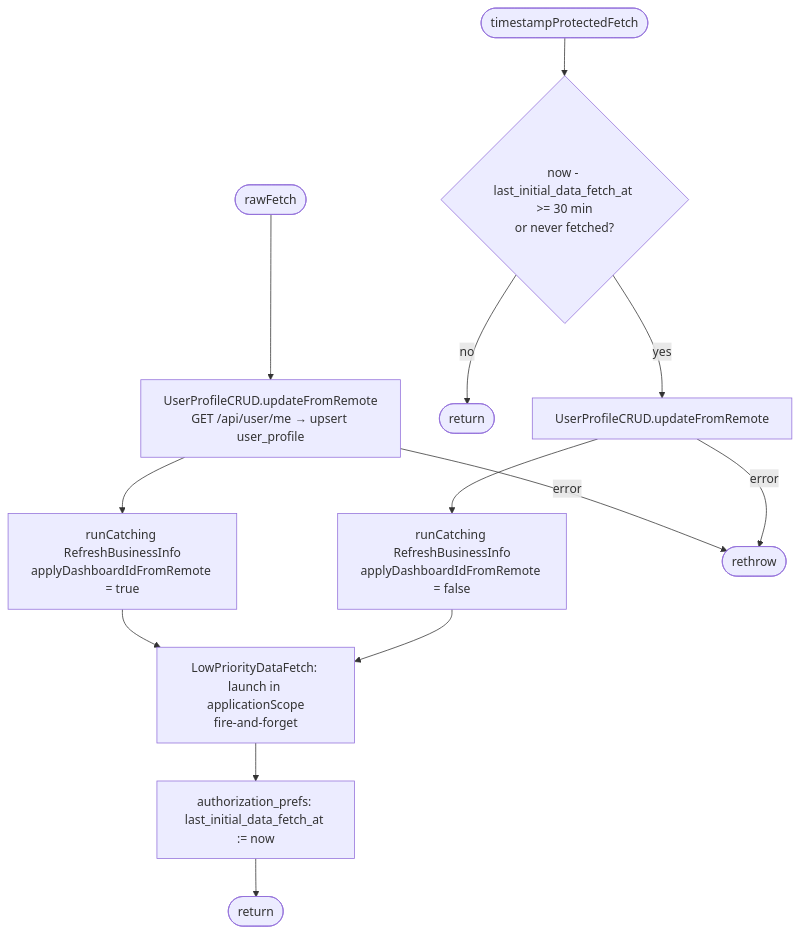
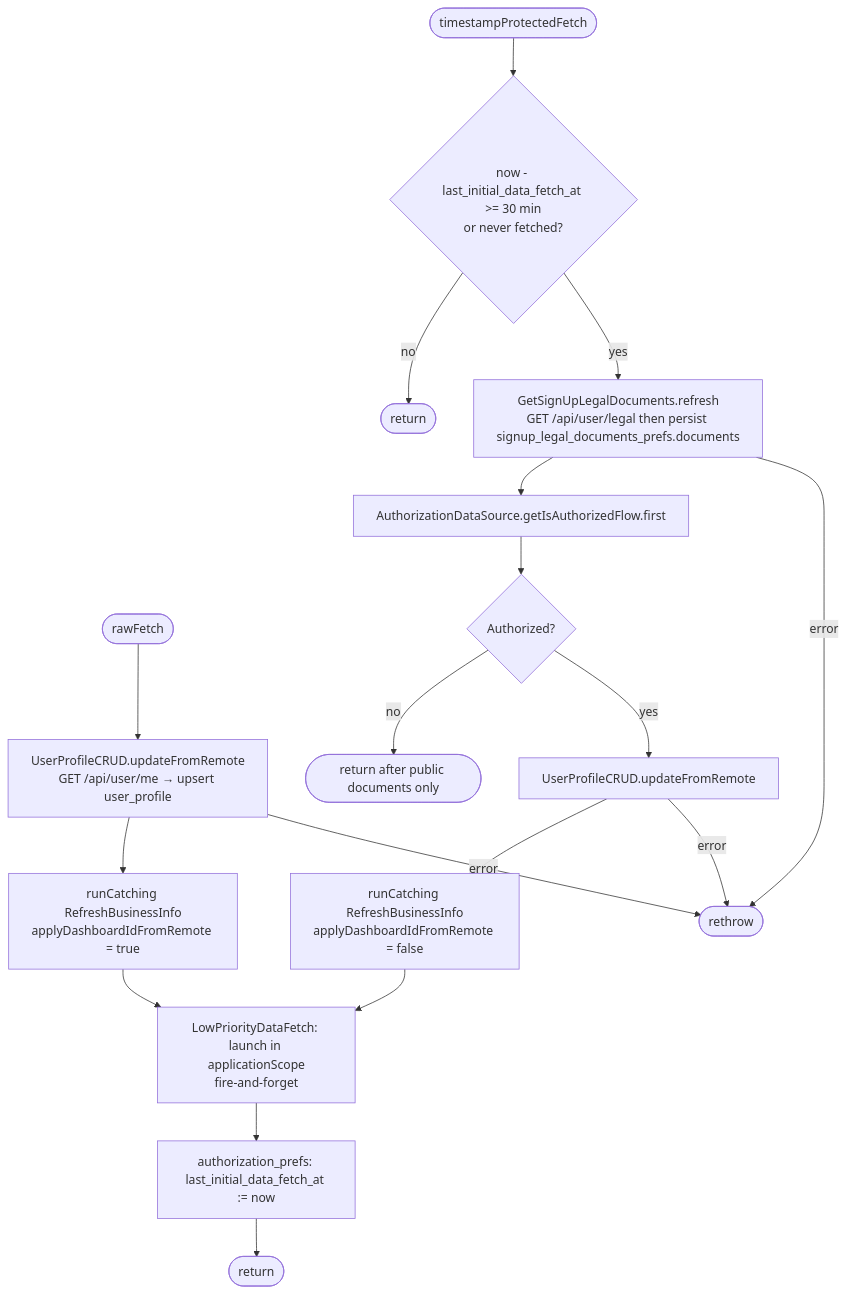
One commit to nocturneproperties/bookkme-client changed the first of 2 diagrams in docs/operations/authorization/initial-app-data-fetch.md. Above: the diagram before and after it, drawn with Mermaid. The commit also changed other lines of this file and 44 other files, not shown here.

Commit message:
[ISSUE-119] add legal documents to signup flow

````diff
--- a/docs/operations/authorization/initial-app-data-fetch.md
+++ b/docs/operations/authorization/initial-app-data-fetch.md
@@ -14,15 +18,20 @@
 ```mermaid
 flowchart TD
     A([rawFetch]) --> P
     B([timestampProtectedFetch]) --> Due{now - last_initial_data_fetch_at >= 30 min<br/>or never fetched?}
     Due -- no --> Skip([return])
-    Due -- yes --> P2
+    Due -- yes --> Legal[GetSignUpLegalDocuments.refresh<br/>GET /api/user/legal then persist signup_legal_documents_prefs.documents]
+    Legal --> Auth[AuthorizationDataSource.getIsAuthorizedFlow.first]
+    Auth --> Authorized{Authorized?}
+    Authorized -- no --> PublicOnly([return after public documents only])
+    Authorized -- yes --> P2
+    Legal -- error --> EX
     P[UserProfileCRUD.updateFromRemote<br/>GET /api/user/me → upsert user_profile] --> BizA[runCatching RefreshBusinessInfo<br/>applyDashboardIdFromRemote = true]
     P2[UserProfileCRUD.updateFromRemote] --> BizB[runCatching RefreshBusinessInfo<br/>applyDashboardIdFromRemote = false]
     BizA --> Low
     BizB --> Low
     Low[LowPriorityDataFetch: launch in applicationScope<br/>fire-and-forget] --> Mark[authorization_prefs: last_initial_data_fetch_at := now]
     Mark --> R([return])
     P -- error --> EX([rethrow])
     P2 -- error --> EX
 ```
````
